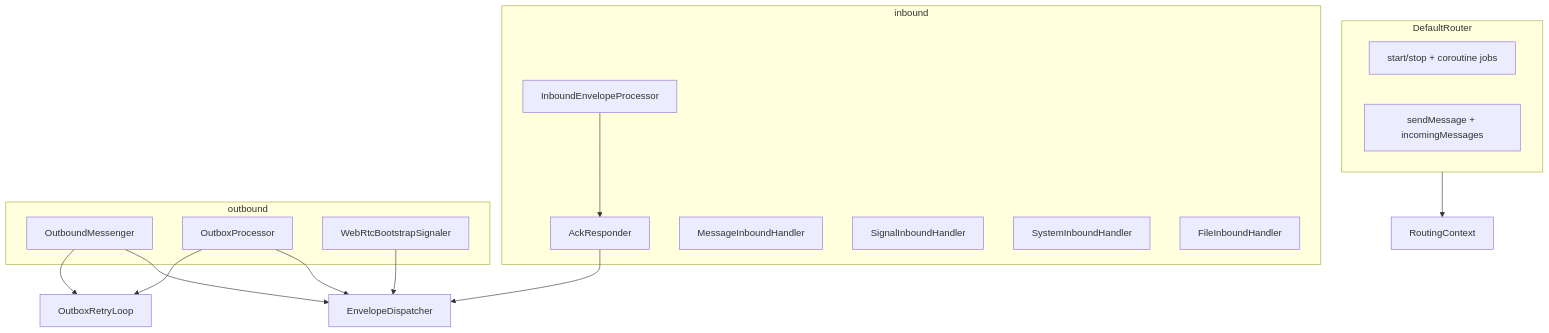
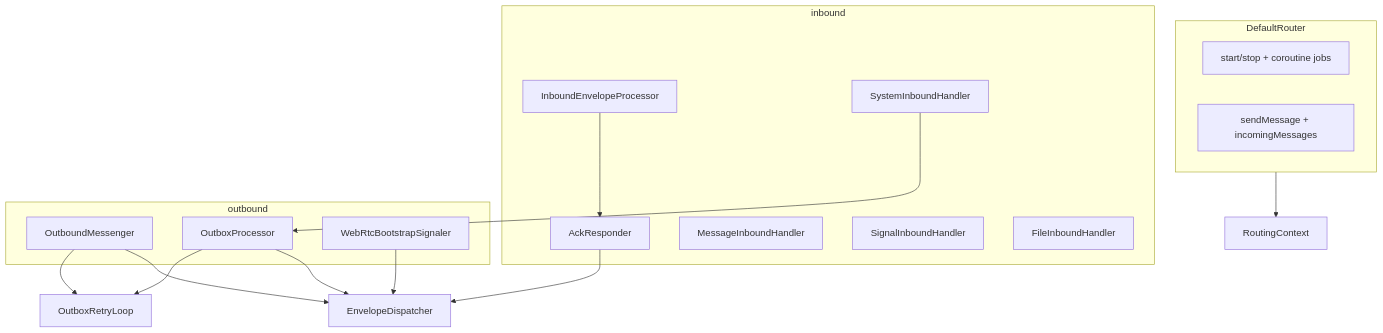
One commit to kswiorek/YapYap changed the diagram in docs/router.md. Above: the diagram before and after it, drawn with Mermaid. The commit also changed other lines of this file and 5 other files, not shown here.

````diff
--- a/docs/router.md
+++ b/docs/router.md
@@ -40,35 +40,36 @@
 ```mermaid
 flowchart TB
     subgraph facade [DefaultRouter]
         lifecycle[start/stop + coroutine jobs]
         API[sendMessage + incomingMessages]
     end
 
     subgraph inbound [inbound]
         IEP[InboundEnvelopeProcessor]
         AR[AckResponder]
         MH[MessageInboundHandler]
         SH[SignalInboundHandler]
         SYH[SystemInboundHandler]
         FH[FileInboundHandler]
     end
 
     subgraph outbound [outbound]
         OM[OutboundMessenger]
         OP[OutboxProcessor]
         WBS[WebRtcBootstrapSignaler]
     end
 
     RC[RoutingContext]
     ED[EnvelopeDispatcher]
     ORL[OutboxRetryLoop]
 
     facade --> RC
     AR --> ED
     OM --> ED
     OP --> ED
     WBS --> ED
     IEP --> AR
+    SYH --> OP
     OP --> ORL
     OM --> ORL
 ```
````
